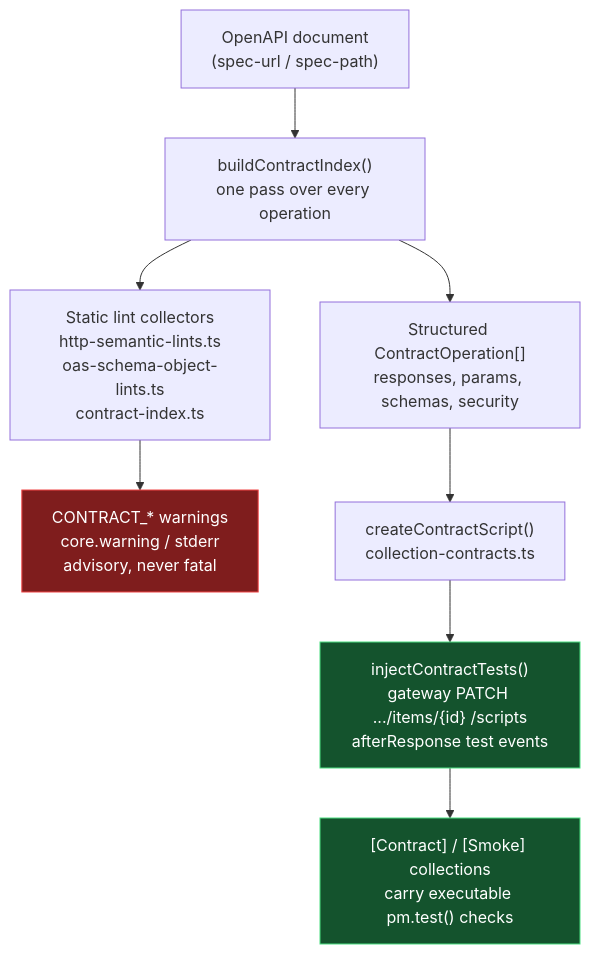
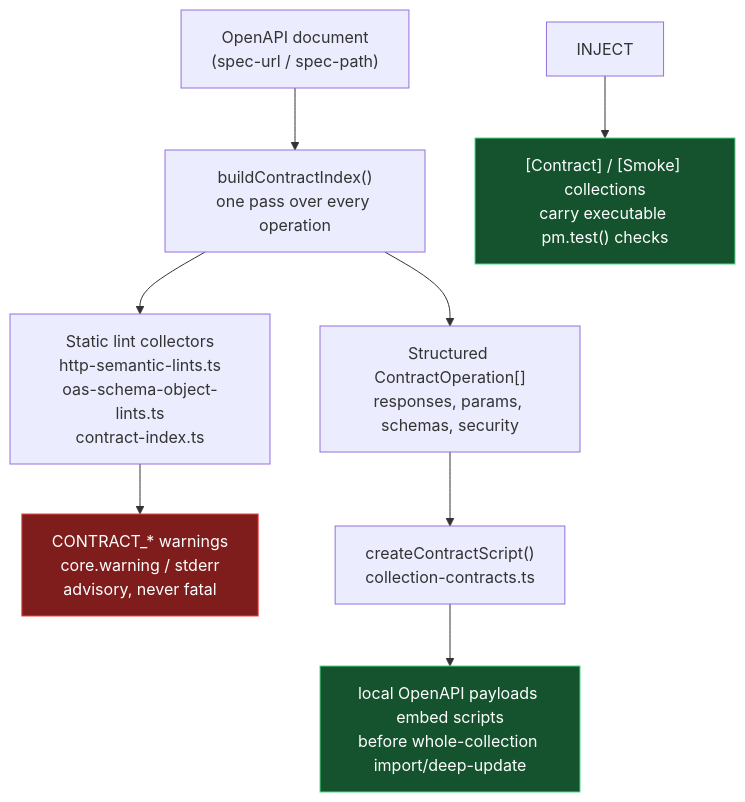
Before and after one commit to postman-cs/postman-bootstrap-action: the first of 2 diagrams in docs/contract-enforcement-layers.md, drawn with Mermaid. The commit also changed other lines of this file and 37 other files, not shown here.

Commit message:
feat: generate OpenAPI collections locally

````diff
--- a/docs/contract-enforcement-layers.md
+++ b/docs/contract-enforcement-layers.md
@@ -18,12 +18,12 @@
 ```mermaid
 flowchart TB
     SPEC["OpenAPI document<br/>(spec-url / spec-path)"] --> IDX["buildContractIndex()<br/>one pass over every operation"]
     IDX --> LINTS["Static lint collectors<br/>http-semantic-lints.ts<br/>oas-schema-object-lints.ts<br/>contract-index.ts"]
     IDX --> CONTRACT["Structured ContractOperation[]<br/>responses, params, schemas, security"]
     LINTS --> WARN["CONTRACT_* warnings<br/>core.warning / stderr<br/>advisory, never fatal"]:::warn
     CONTRACT --> SCRIPT["createContractScript()<br/>collection-contracts.ts"]
-    SCRIPT --> INJECT["injectContractTests()<br/>gateway PATCH .../items/{id} /scripts<br/>afterResponse test events"]:::inject
+    SCRIPT --> EMBED["local OpenAPI payloads embed scripts<br/>before whole-collection import/deep-update"]:::inject
     INJECT --> COLL["[Contract] / [Smoke] collections<br/>carry executable pm.test() checks"]:::inject
     classDef warn fill:#7f1d1d,color:#fff,stroke:#ef4444
     classDef inject fill:#14532d,color:#fff,stroke:#4ade80
 ```
````
